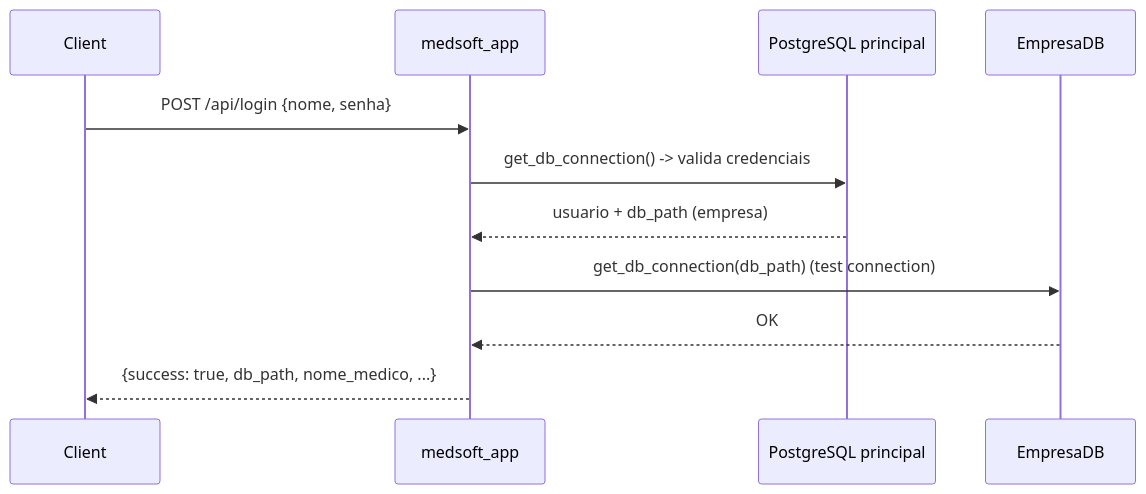
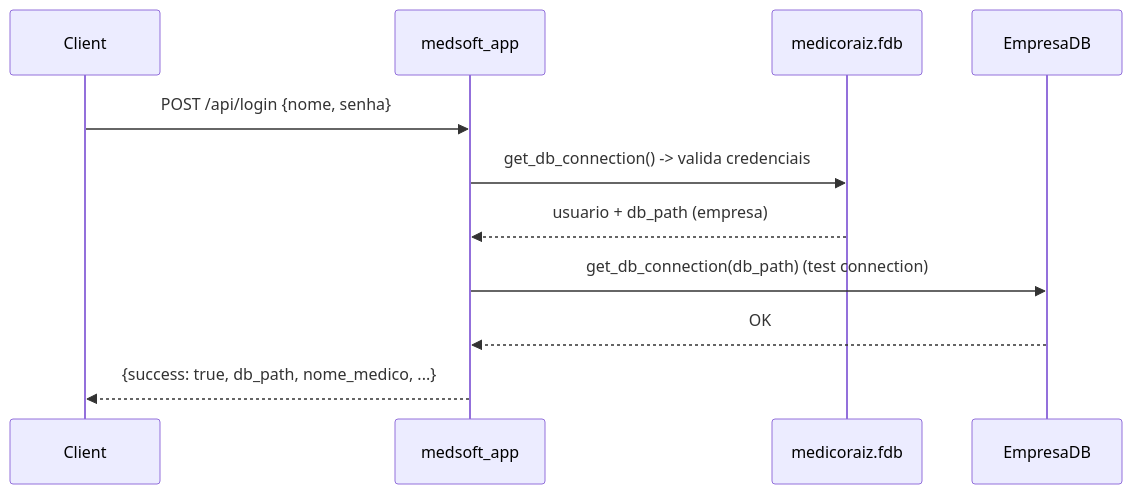
One commit to Joaquimtnetto/AppMedsoft changed the second of 5 diagrams in backend/DOCUMENTATION_DIAGRAMS.md. Above: the diagram before and after it, drawn with Mermaid. The commit also changed other lines of this file and 28 other files, not shown here.

````diff
--- a/backend/DOCUMENTATION_DIAGRAMS.md
+++ b/backend/DOCUMENTATION_DIAGRAMS.md
@@ -24,14 +24,14 @@
 ```mermaid
 sequenceDiagram
   participant C as Client
   participant A as medsoft_app
-  participant DBroot as PostgreSQL principal
+  participant DBroot as medicoraiz.fdb
   participant DBuser as EmpresaDB
 
   C->>A: POST /api/login {nome, senha}
   A->>DBroot: get_db_connection() -> valida credenciais
   DBroot-->>A: usuario + db_path (empresa)
   A->>DBuser: get_db_connection(db_path) (test connection)
   DBuser-->>A: OK
   A-->>C: {success: true, db_path, nome_medico, ...}
 ```
````
